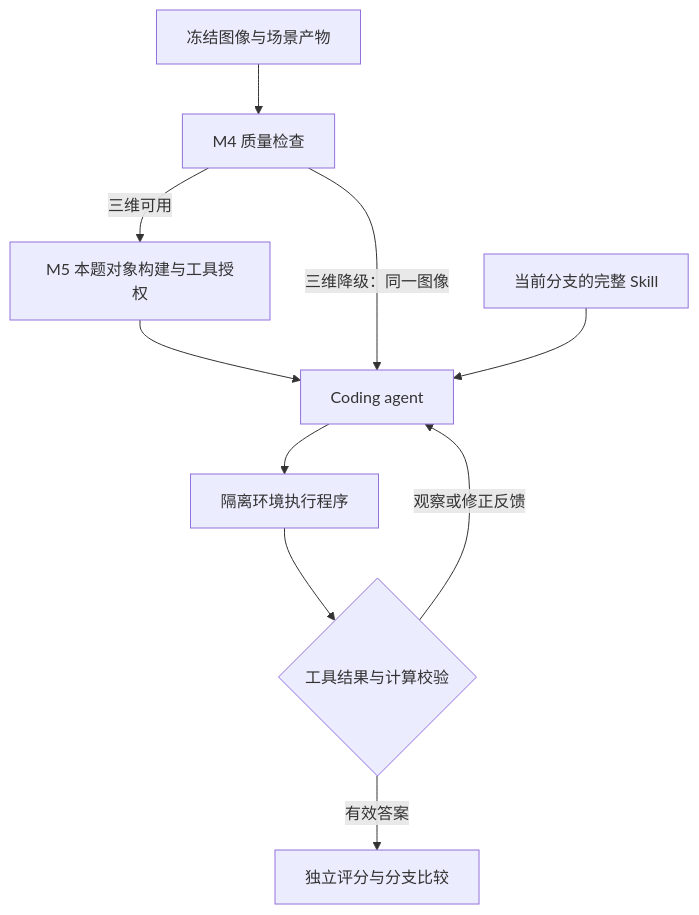
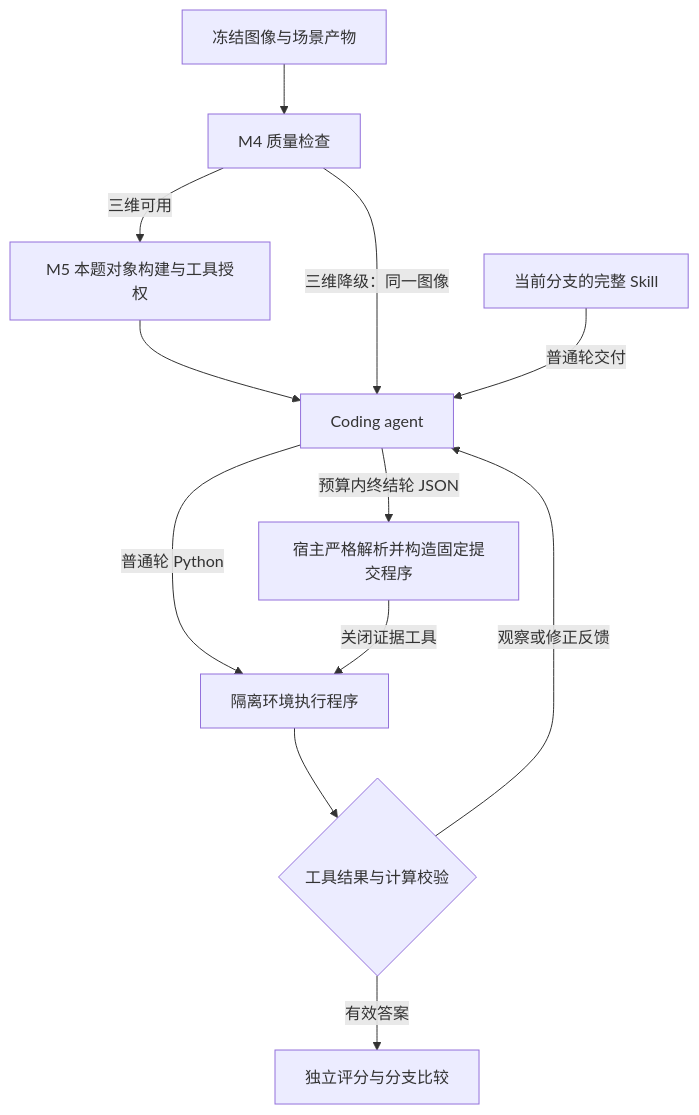
The diagram in 系统架构v11.md (bigdatashushu/wjhICLR), drawn with Mermaid before and after one commit. The commit also changed other lines of this file and 1 other file, not shown here.

Commit message:
docs: preserve current v11 architecture and server locations

````diff
--- a/系统架构v11.md
+++ b/系统架构v11.md
@@ -56,12 +62,14 @@
 ```mermaid
 flowchart TD
     A["冻结图像与场景产物"] --> B["M4 质量检查"]
     B -->|三维可用| P["M5 本题对象构建与工具授权"]
     P --> C["Coding agent"]
     B -->|三维降级：同一图像| C
-    S["当前分支的完整 Skill"] --> C
-    C --> D["隔离环境执行程序"]
+    S["当前分支的完整 Skill"] -->|普通轮交付| C
+    C -->|普通轮 Python| D["隔离环境执行程序"]
     D --> E{"工具结果与计算校验"}
+    C -->|预算内终结轮 JSON| J["宿主严格解析并构造固定提交程序"]
+    J -->|关闭证据工具| D
     E -->|观察或修正反馈| C
     E -->|有效答案| F["独立评分与分支比较"]
 ```
````
